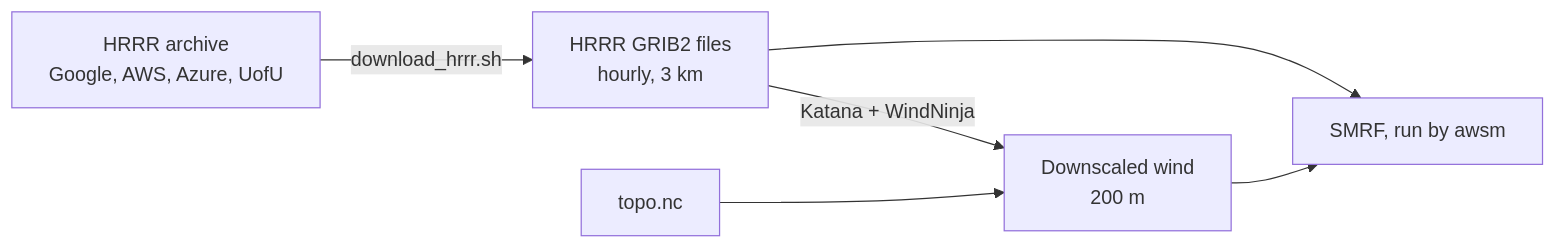
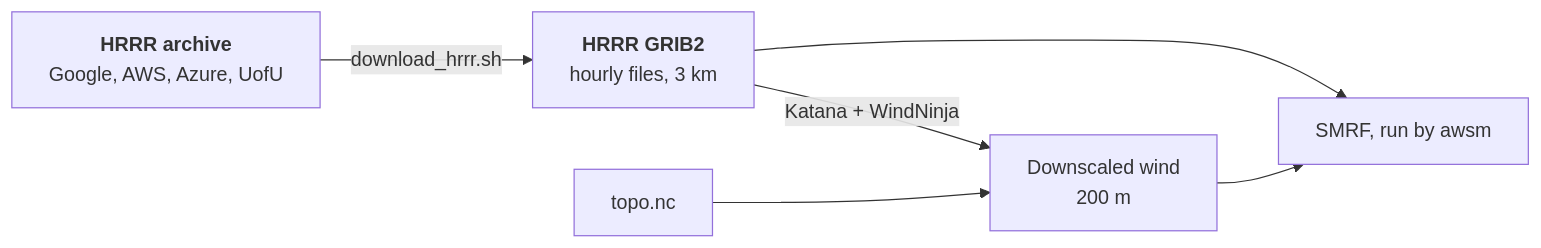
Before and after one commit to jmichellehu/model_setup: the diagram in docs/forcings.md, drawn with Mermaid. The commit also changed other lines of this file and 7 other files, not shown here.

````diff
--- a/docs/forcings.md
+++ b/docs/forcings.md
@@ -21,8 +19,8 @@
 ```{mermaid}
 flowchart LR
-    A[HRRR archive<br/>Google, AWS, Azure, UofU] -->|download_hrrr.sh| B[HRRR GRIB2 files<br/>hourly, 3 km]
+    A["`**HRRR archive** `"<br/>Google, AWS, Azure, UofU] -->|download_hrrr.sh| B["`**HRRR GRIB2** `" <br/>hourly files, 3 km]
     B -->|Katana + WindNinja| C[Downscaled wind<br/>200 m]
     T[topo.nc] --> C
     B --> D[SMRF, run by awsm]
     C --> D
 ```
````
